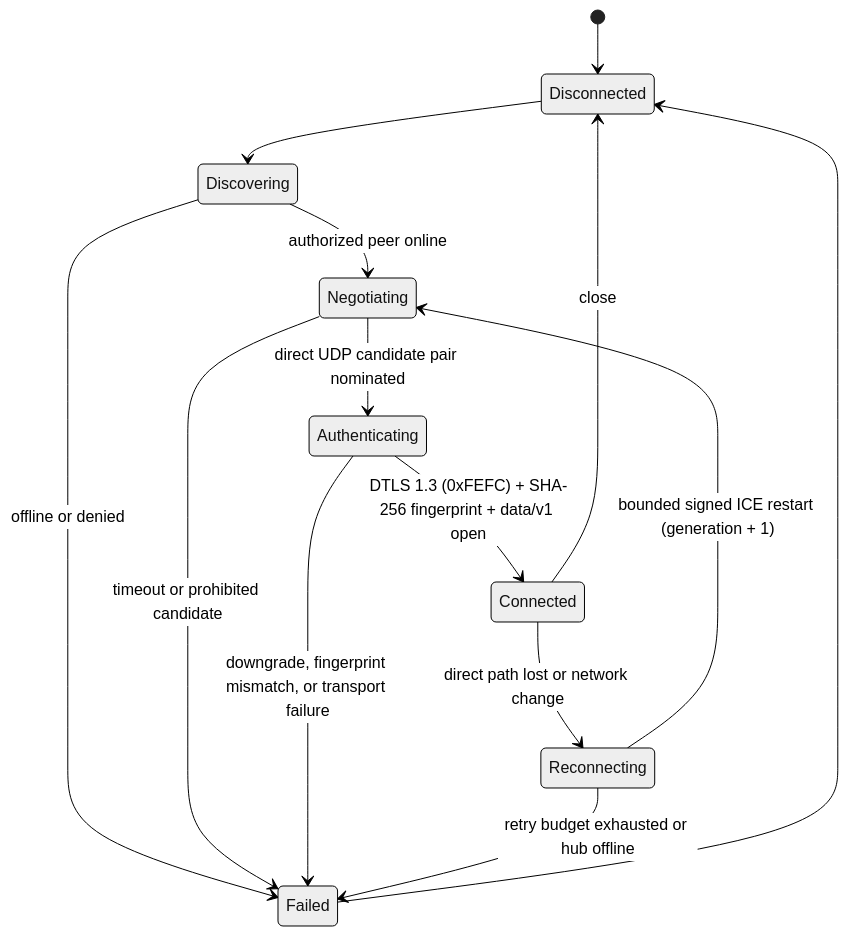
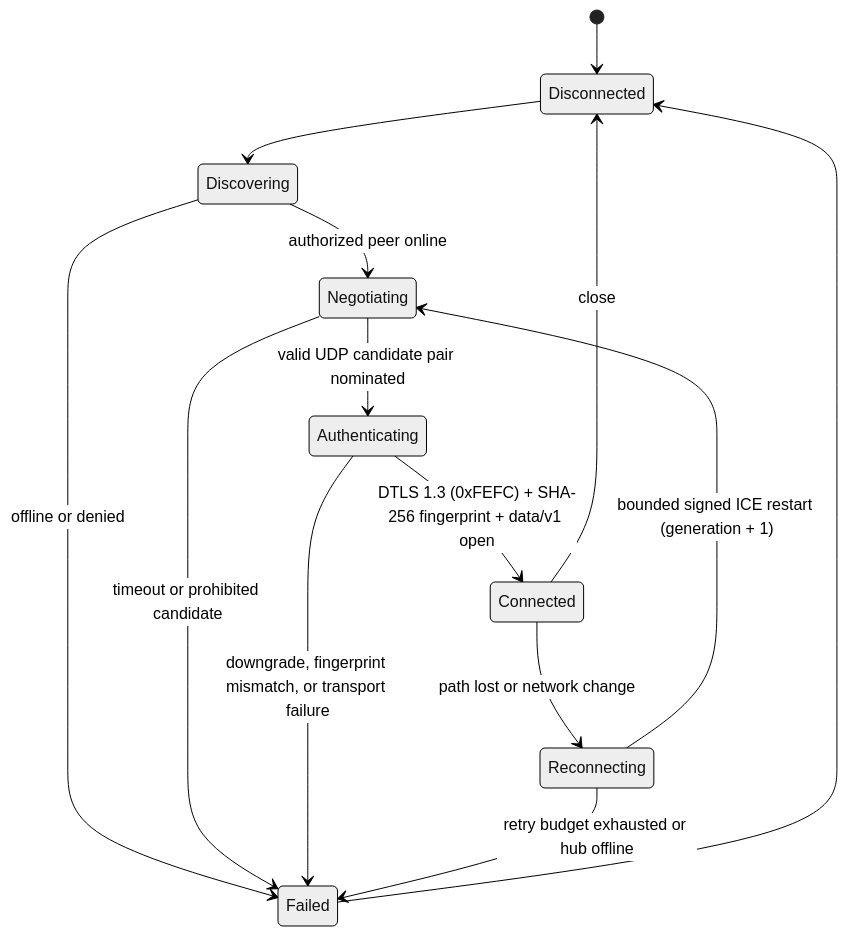
One commit to ParkSnoopy/lighthouse-in-snoo changed the diagram in docs/protocol-and-architecture.md. Above: the diagram before and after it, drawn with Mermaid (neutral theme). The commit also changed other lines of this file and 27 other files, not shown here.

````diff
--- a/docs/protocol-and-architecture.md
+++ b/docs/protocol-and-architecture.md
@@ -91,16 +98,16 @@
 ```mermaid
 stateDiagram-v2
     [*] --> Disconnected
     Disconnected --> Discovering
     Discovering --> Negotiating: authorized peer online
     Discovering --> Failed: offline or denied
-    Negotiating --> Authenticating: direct UDP candidate pair nominated
+    Negotiating --> Authenticating: valid UDP candidate pair nominated
     Negotiating --> Failed: timeout or prohibited candidate
     Authenticating --> Connected: DTLS 1.3 (0xFEFC) + SHA-256 fingerprint + data/v1 open
     Authenticating --> Failed: downgrade, fingerprint mismatch, or transport failure
-    Connected --> Reconnecting: direct path lost or network change
+    Connected --> Reconnecting: path lost or network change
     Reconnecting --> Negotiating: bounded signed ICE restart (generation + 1)
     Reconnecting --> Failed: retry budget exhausted or hub offline
     Connected --> Disconnected: close
     Failed --> Disconnected
 ```
````
